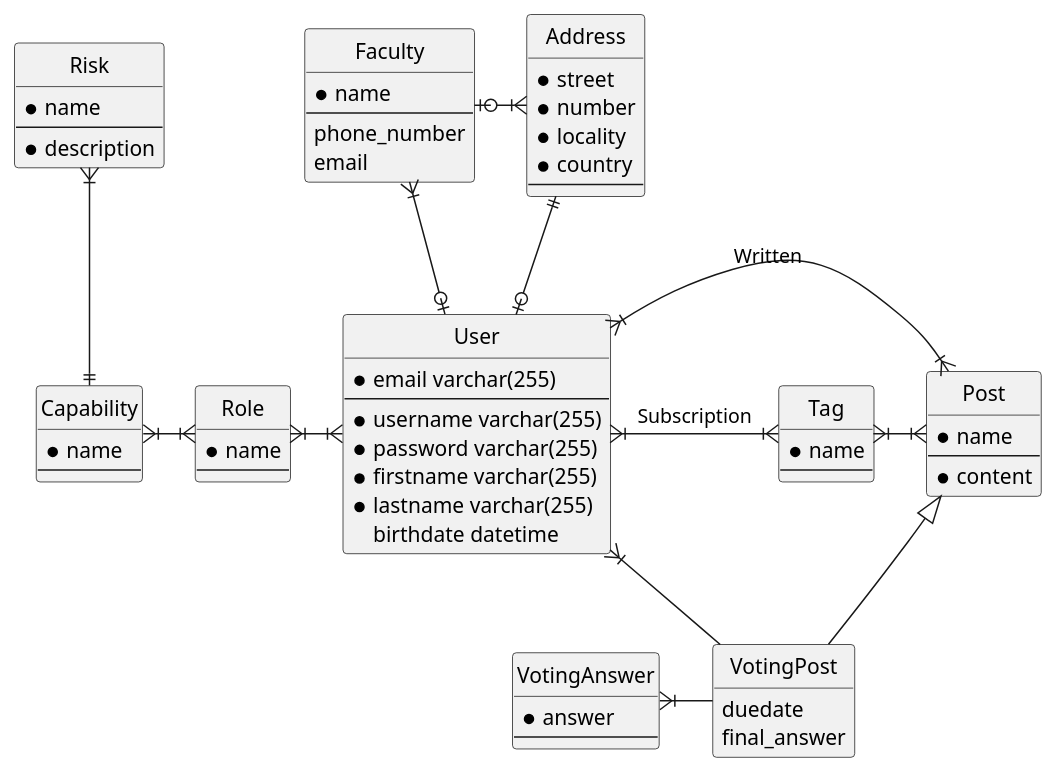
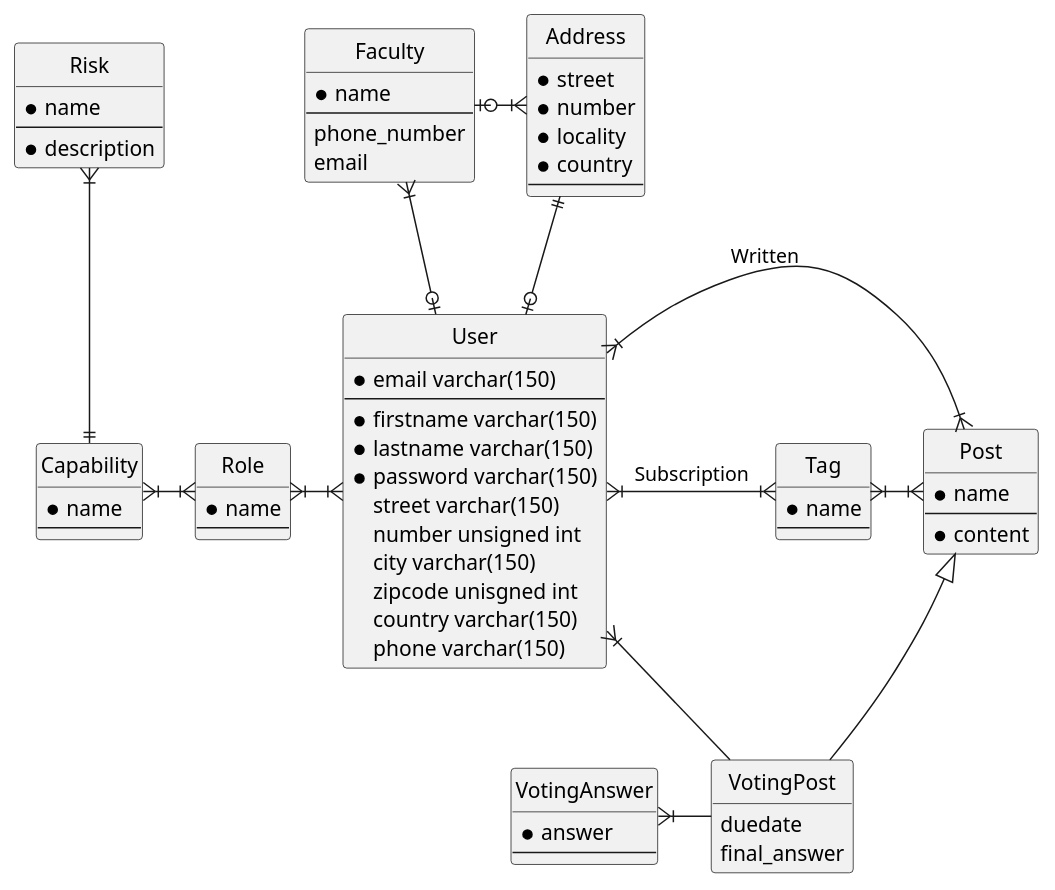
One commit to LeGroupeDeFer/infom114_LaboMDL changed the diagram in uml/database_schema.wsd. Above: the diagram before and after it, drawn with PlantUML. The commit also changed 11 other files, not shown here.

```diff
--- a/uml/database_schema.wsd
+++ b/uml/database_schema.wsd
@@ -1,106 +1,110 @@
 @startuml db_mdl
 
 hide circle
 hide empty members
 
 ' entity Entity {
 '    * identifying_attribute
 '    --
 '    * mandatory_attribute
 '    optional_attribute
 ' }
 
 ' ' zero or one
 ' A |o--o| B
 
 ' ' exactly one
 ' C ||--|| D
 
 ' ' zero or many
 ' E }o--o{ F
 
 ' ' one or many
 ' G }|--|{ H
 
 entity User {
-  * email varchar(255)
+  * email varchar(150)
   --
-  * username varchar(255)
-  * password varchar(255)
-  * firstname varchar(255)
-  * lastname varchar(255)
-  birthdate datetime
+  * firstname varchar(150)
+  * lastname varchar(150)
+  * password varchar(150)
+  street varchar(150)
+  number unsigned int
+  city varchar(150)
+  zipcode unisgned int
+  country varchar(150)
+  phone varchar(150)
 }
 
 entity Address {
   * street
   * number
   * locality
   * country
   --
 }
 
 
 
 entity Tag {
   * name
   --
 }
 
 entity Post {
   * name
   --
   * content
 }
 
 entity Role {
   * name
   --
 }
 
 entity Capability {
   * name
   --
 }
 
 entity Risk {
   * name
   --
   * description
 }
 
 entity VotingPost {
   duedate
   final_answer
 }
 
 entity VotingAnswer {
   * answer
   --
 }
 
 entity Faculty  {
   * name
   --
   phone_number
   email
 }
 
 Address ||--o| User
 Tag }|-|{ Post
 
 Faculty }|--o| User
 Faculty |o-|{ Address
 
 Risk }|--|| Capability
 Capability }|-|{ Role
 Role }|-|{ User
 
 User }|-|{ Tag : Subscription
 User }|-|{ Post : Written
 
 Post <|-- VotingPost
 VotingAnswer }|- VotingPost
 User }|- VotingPost
 
 @enduml
```
